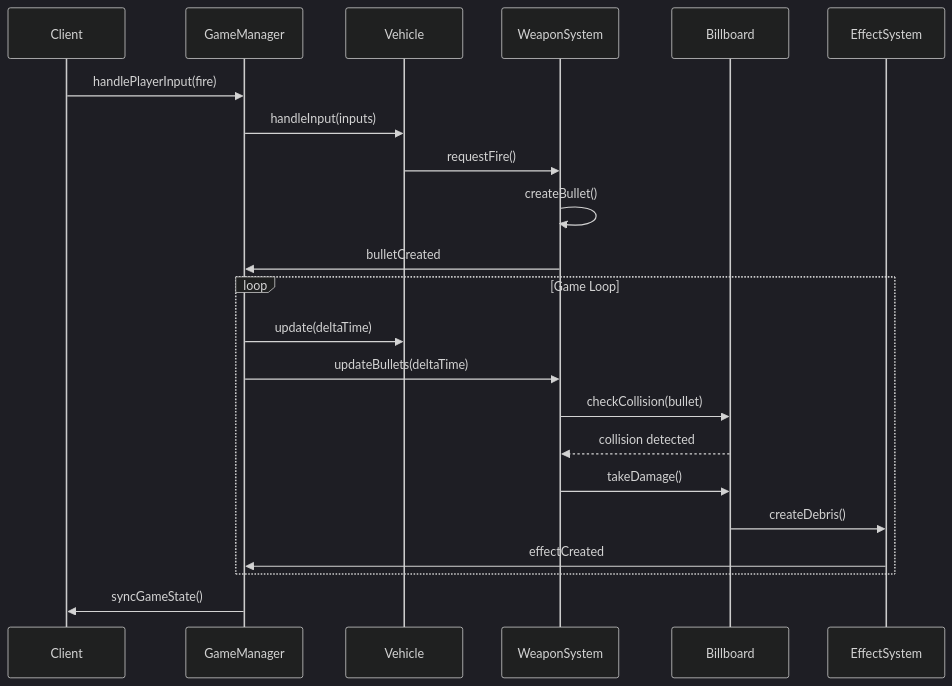
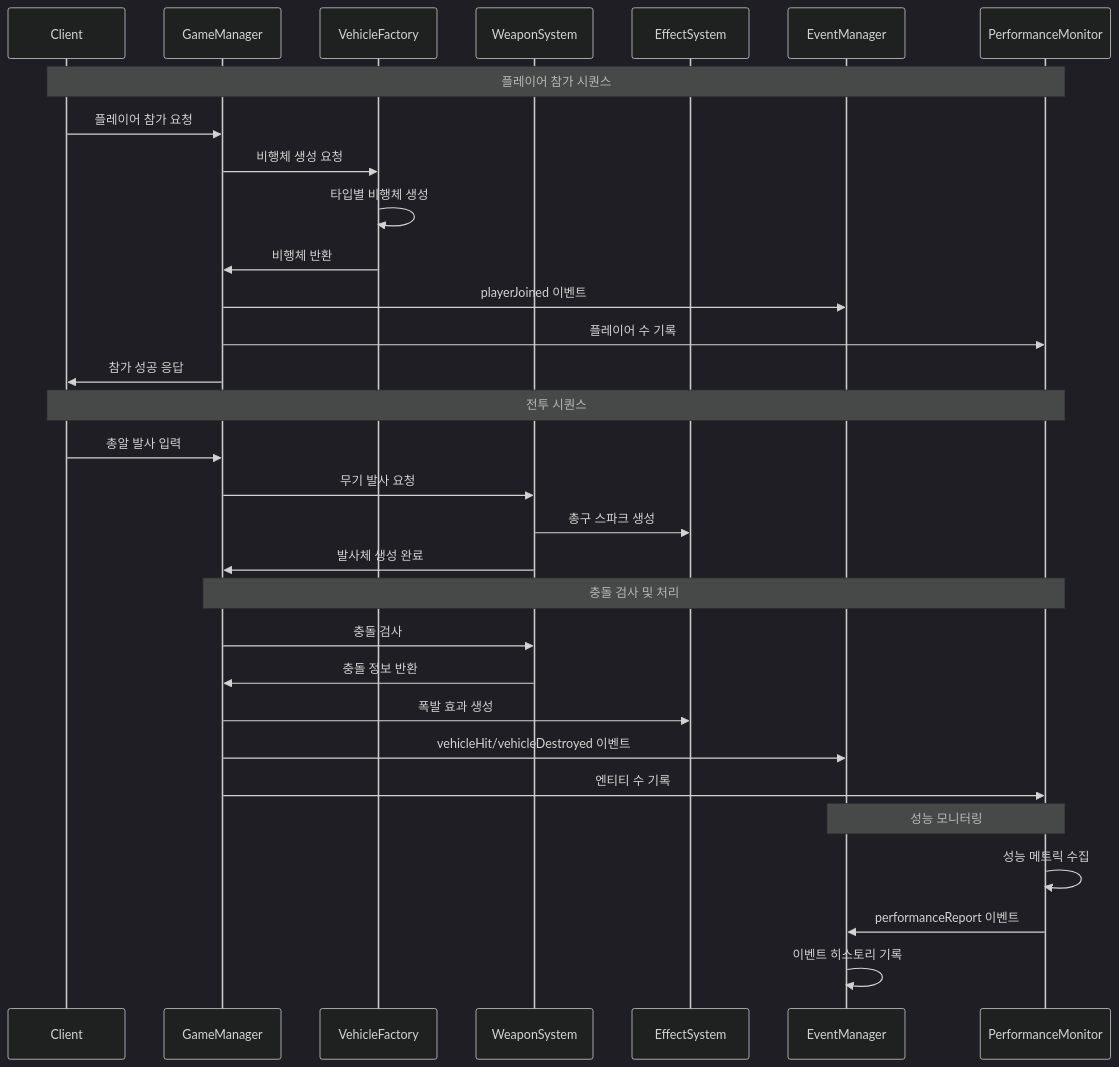
The third of 4 diagrams in README.md (tanminkwan/test2), drawn with Mermaid (dark theme) before and after one commit. The commit also changed other lines of this file and 11 other files, not shown here.

````diff
--- a/README.md
+++ b/README.md
@@ -340,27 +259,37 @@
 ```mermaid
 sequenceDiagram
     participant Client
     participant GameManager
-    participant Vehicle
+    participant VehicleFactory
     participant WeaponSystem
-    participant Billboard
     participant EffectSystem
-
-    Client->>GameManager: handlePlayerInput(fire)
-    GameManager->>Vehicle: handleInput(inputs)
-    Vehicle->>WeaponSystem: requestFire()
-    WeaponSystem->>WeaponSystem: createBullet()
-    WeaponSystem->>GameManager: bulletCreated
+    participant EventManager
+    participant PerformanceMonitor
     
-    loop Game Loop
-        GameManager->>Vehicle: update(deltaTime)
-        GameManager->>WeaponSystem: updateBullets(deltaTime)
-        WeaponSystem->>Billboard: checkCollision(bullet)
-        Billboard-->>WeaponSystem: collision detected
-        WeaponSystem->>Billboard: takeDamage()
-        Billboard->>EffectSystem: createDebris()
-        EffectSystem->>GameManager: effectCreated
-    end
+    Note over Client, PerformanceMonitor: 플레이어 참가 시퀀스
+    Client->>GameManager: 플레이어 참가 요청
+    GameManager->>VehicleFactory: 비행체 생성 요청
+    VehicleFactory->>VehicleFactory: 타입별 비행체 생성
+    VehicleFactory->>GameManager: 비행체 반환
+    GameManager->>EventManager: playerJoined 이벤트
+    GameManager->>PerformanceMonitor: 플레이어 수 기록
+    GameManager->>Client: 참가 성공 응답
     
-    GameManager->>Client: syncGameState()
+    Note over Client, PerformanceMonitor: 전투 시퀀스
+    Client->>GameManager: 총알 발사 입력
+    GameManager->>WeaponSystem: 무기 발사 요청
+    WeaponSystem->>EffectSystem: 총구 스파크 생성
+    WeaponSystem->>GameManager: 발사체 생성 완료
+    
+    Note over GameManager, PerformanceMonitor: 충돌 검사 및 처리
+    GameManager->>WeaponSystem: 충돌 검사
+    WeaponSystem->>GameManager: 충돌 정보 반환
+    GameManager->>EffectSystem: 폭발 효과 생성
+    GameManager->>EventManager: vehicleHit/vehicleDestroyed 이벤트
+    GameManager->>PerformanceMonitor: 엔티티 수 기록
+    
+    Note over PerformanceMonitor, EventManager: 성능 모니터링
+    PerformanceMonitor->>PerformanceMonitor: 성능 메트릭 수집
+    PerformanceMonitor->>EventManager: performanceReport 이벤트
+    EventManager->>EventManager: 이벤트 히스토리 기록
 ```
````
